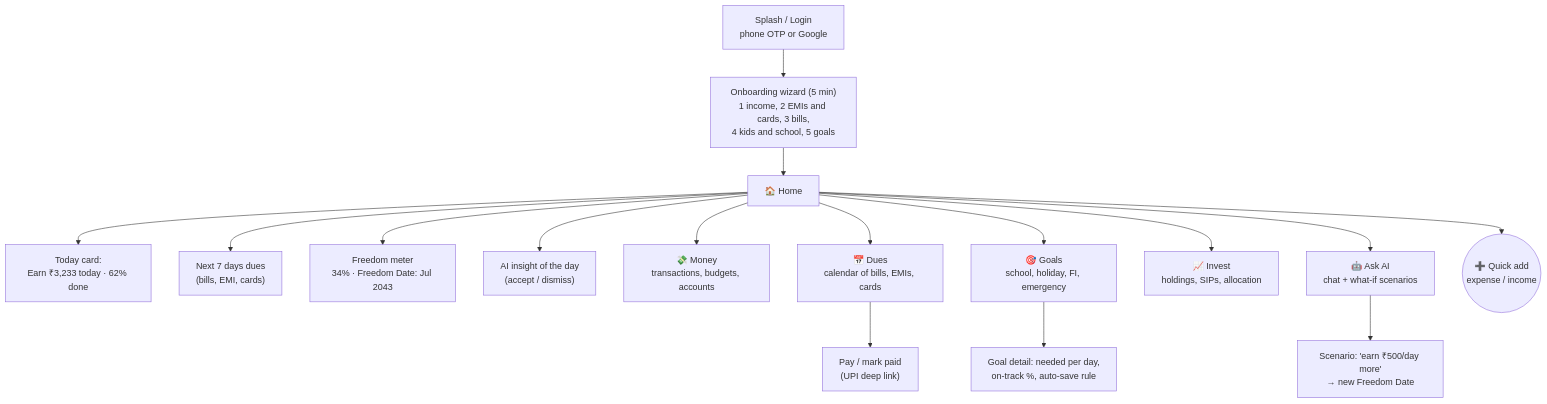
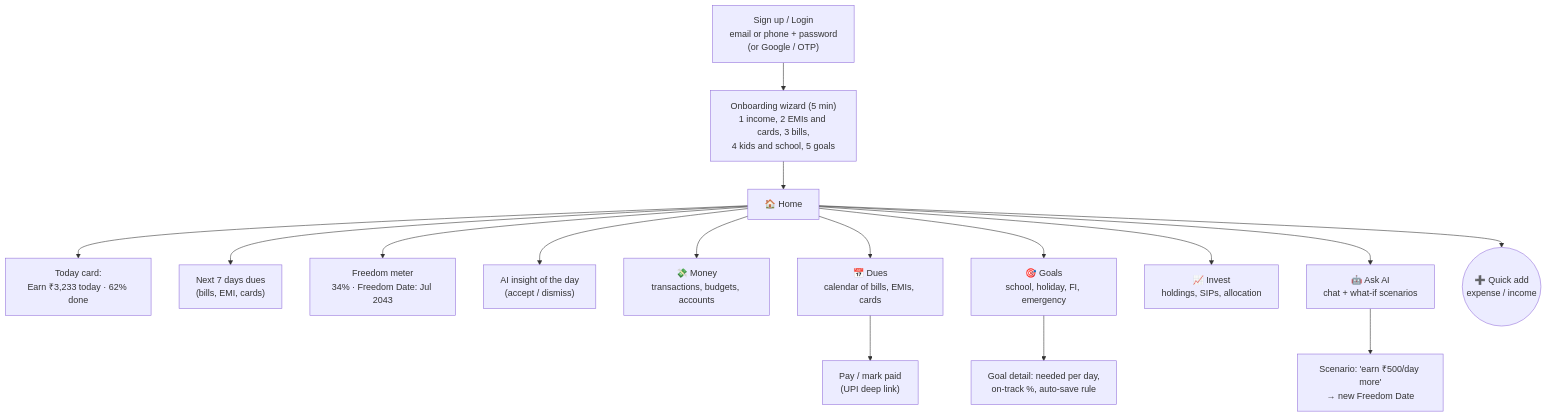
Before and after one commit to nsdichococravings/m-chococravings: the second of 3 diagrams in docs/finance-assistant/ARCHITECTURE.md, drawn with Mermaid. The commit also changed other lines of this file and 1 other file, not shown here.

First line of the commit message:
Add password login design to WealthPilot

````diff
--- a/docs/finance-assistant/ARCHITECTURE.md
+++ b/docs/finance-assistant/ARCHITECTURE.md
@@ -187,20 +187,20 @@
 ```mermaid
 flowchart TD
-  A["Splash / Login<br/>phone OTP or Google"] --> B["Onboarding wizard (5 min)<br/>1 income, 2 EMIs and cards, 3 bills,<br/>4 kids and school, 5 goals"]
+  A["Sign up / Login<br/>email or phone + password<br/>(or Google / OTP)"] --> B["Onboarding wizard (5 min)<br/>1 income, 2 EMIs and cards, 3 bills,<br/>4 kids and school, 5 goals"]
   B --> H["🏠 Home"]
   H --> H1["Today card:<br/>Earn ₹3,233 today · 62% done"]
   H --> H2["Next 7 days dues<br/>(bills, EMI, cards)"]
   H --> H3["Freedom meter<br/>34% · Freedom Date: Jul 2043"]
   H --> H4["AI insight of the day<br/>(accept / dismiss)"]
 
   H --> N1["💸 Money<br/>transactions, budgets, accounts"]
   H --> N2["📅 Dues<br/>calendar of bills, EMIs, cards"]
   H --> N3["🎯 Goals<br/>school, holiday, FI, emergency"]
   H --> N4["📈 Invest<br/>holdings, SIPs, allocation"]
   H --> N5["🤖 Ask AI<br/>chat + what-if scenarios"]
 
   N2 --> D1["Pay / mark paid<br/>(UPI deep link)"]
   N3 --> G1["Goal detail: needed per day,<br/>on-track %, auto-save rule"]
   N5 --> S1["Scenario: 'earn ₹500/day more'<br/>→ new Freedom Date"]
   H --> FAB(("➕ Quick add<br/>expense / income"))
 ```
````
